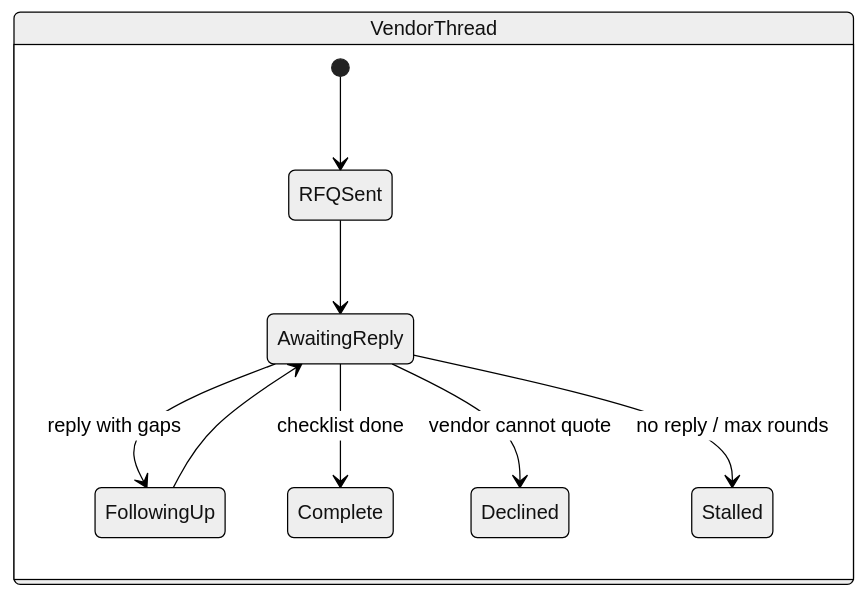
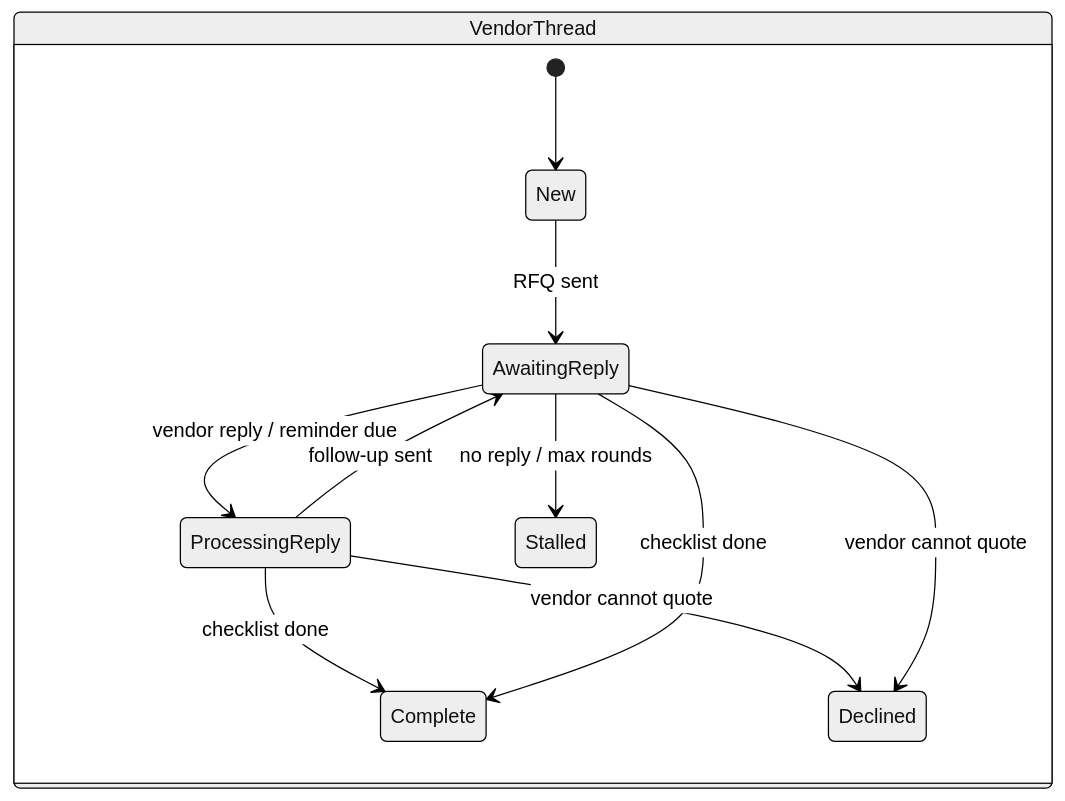
The fourth of 4 diagrams in backend/Solution Design/agent_flow.md (gsymine/brilliant_pd_partner), drawn with Mermaid (neutral theme) before and after one commit. The commit also changed other lines of this file and 20 other files, not shown here.

````diff
--- a/backend/Solution Design/agent_flow.md
+++ b/backend/Solution Design/agent_flow.md
@@ -277,13 +277,15 @@
 ```mermaid
 stateDiagram-v2
     direction LR
     state "VendorThread" as VT {
-        [*] --> RFQSent
-        RFQSent --> AwaitingReply
-        AwaitingReply --> FollowingUp: reply with gaps
-        FollowingUp --> AwaitingReply
+        [*] --> New
+        New --> AwaitingReply: RFQ sent
+        AwaitingReply --> ProcessingReply: vendor reply / reminder due
+        ProcessingReply --> AwaitingReply: follow-up sent
+        ProcessingReply --> Complete: checklist done
+        ProcessingReply --> Declined: vendor cannot quote
         AwaitingReply --> Complete: checklist done
         AwaitingReply --> Declined: vendor cannot quote
         AwaitingReply --> Stalled: no reply / max rounds
     }
 ```
````
